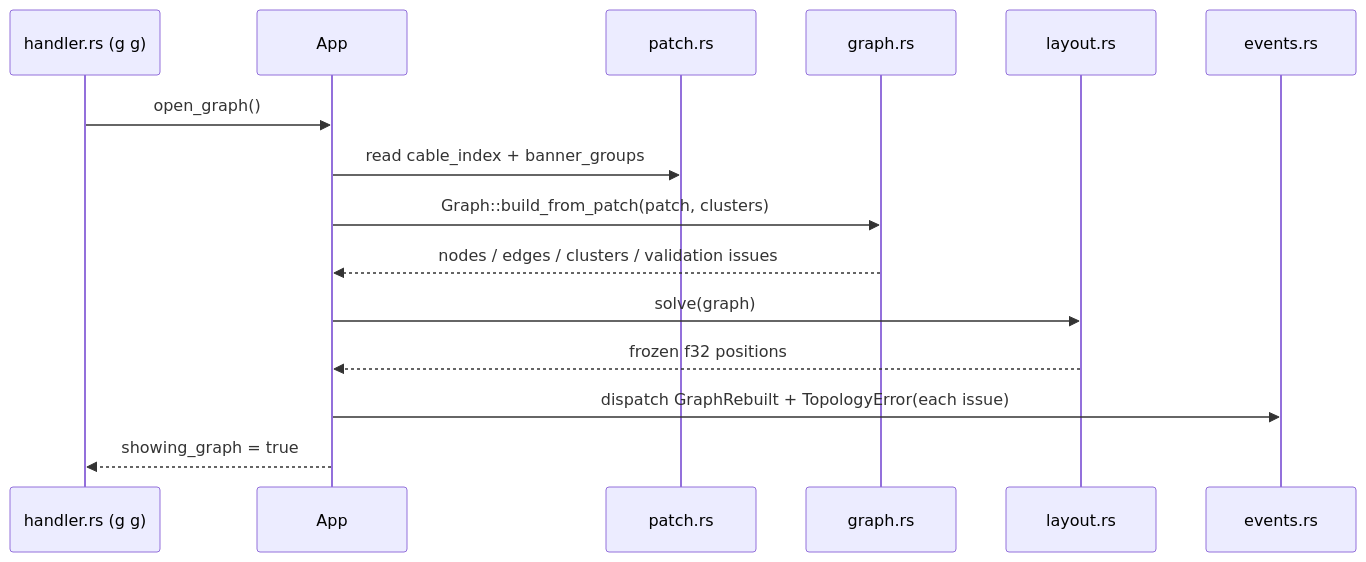
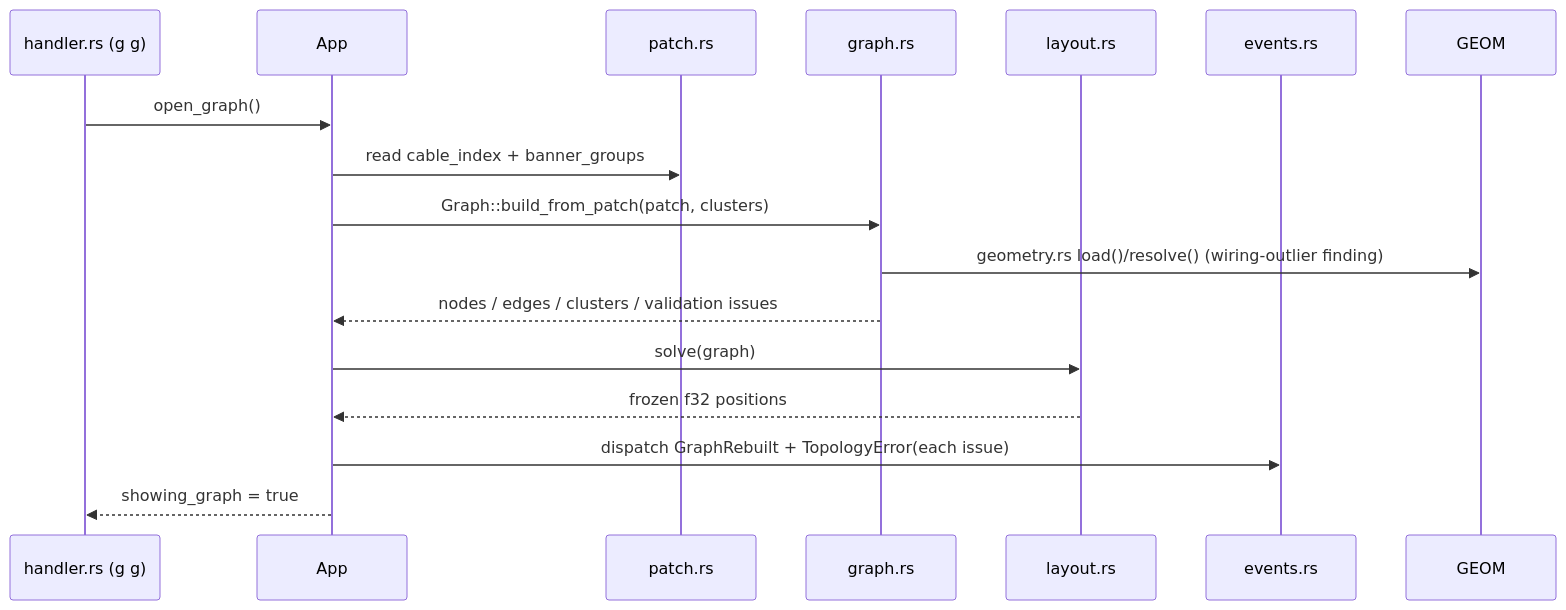
The third of 5 diagrams in ARCHITECTURE.md (moonstruxx/droid-buddy), drawn with Mermaid before and after one commit. The commit also changed other lines of this file and 11 other files, not shown here.

````diff
--- a/ARCHITECTURE.md
+++ b/ARCHITECTURE.md
@@ -154,17 +210,18 @@
 ```mermaid
 sequenceDiagram
     participant H as handler.rs (g g)
     participant A as App
     participant P as patch.rs
     participant G as graph.rs
     participant L as layout.rs
     participant E as events.rs
     H->>A: open_graph()
     A->>P: read cable_index + banner_groups
     A->>G: Graph::build_from_patch(patch, clusters)
+    G->>GEOM: geometry.rs load()/resolve() (wiring-outlier finding)
     G-->>A: nodes / edges / clusters / validation issues
     A->>L: solve(graph)
     L-->>A: frozen f32 positions
     A->>E: dispatch GraphRebuilt + TopologyError(each issue)
     A-->>H: showing_graph = true
 ```
````
